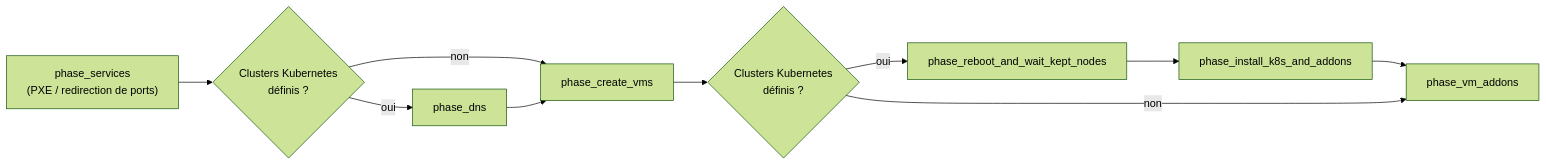
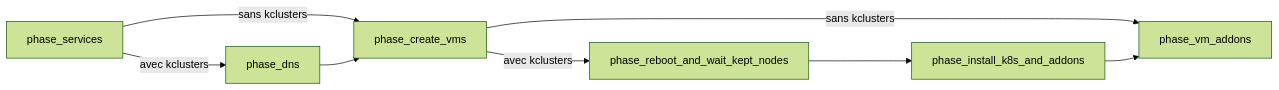
One commit to rmahique/lab-in-a-box changed the second of 5 diagrams in README.fr.md. Above: the diagram before and after it, drawn with Mermaid (forest theme). The commit also changed other lines of this file and 7 other files, not shown here.

````diff
--- a/README.fr.md
+++ b/README.fr.md
@@ -140,12 +135,10 @@
 ```mermaid
 flowchart LR
-    A["phase_services<br/>(PXE / redirection de ports)"] --> B{"Clusters Kubernetes<br/>définis ?"}
-    B -- oui --> C["phase_dns"]
-    B -- non --> D["phase_create_vms"]
-    C --> D
-    D --> E{"Clusters Kubernetes<br/>définis ?"}
-    E -- oui --> F["phase_reboot_and_wait_kept_nodes"]
+    A["phase_services"] -->|"avec kclusters"| C["phase_dns"]
+    A -->|"sans kclusters"| D["phase_create_vms"]
+    C --> D["phase_create_vms"]
+    D -->|"avec kclusters"| F["phase_reboot_and_wait_kept_nodes"]
+    D -->|"sans kclusters"| H["phase_vm_addons"]
     F --> G["phase_install_k8s_and_addons"]
     G --> H["phase_vm_addons"]
-    E -- non --> H
 ```
````
